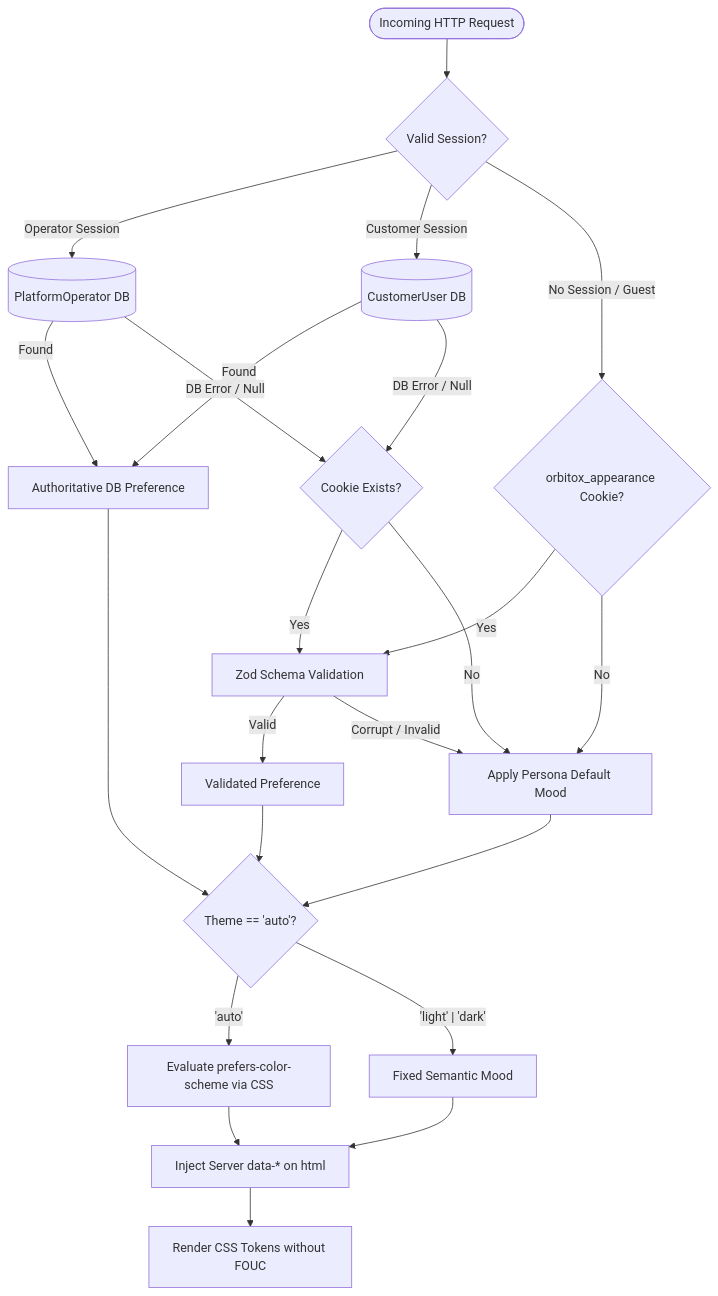
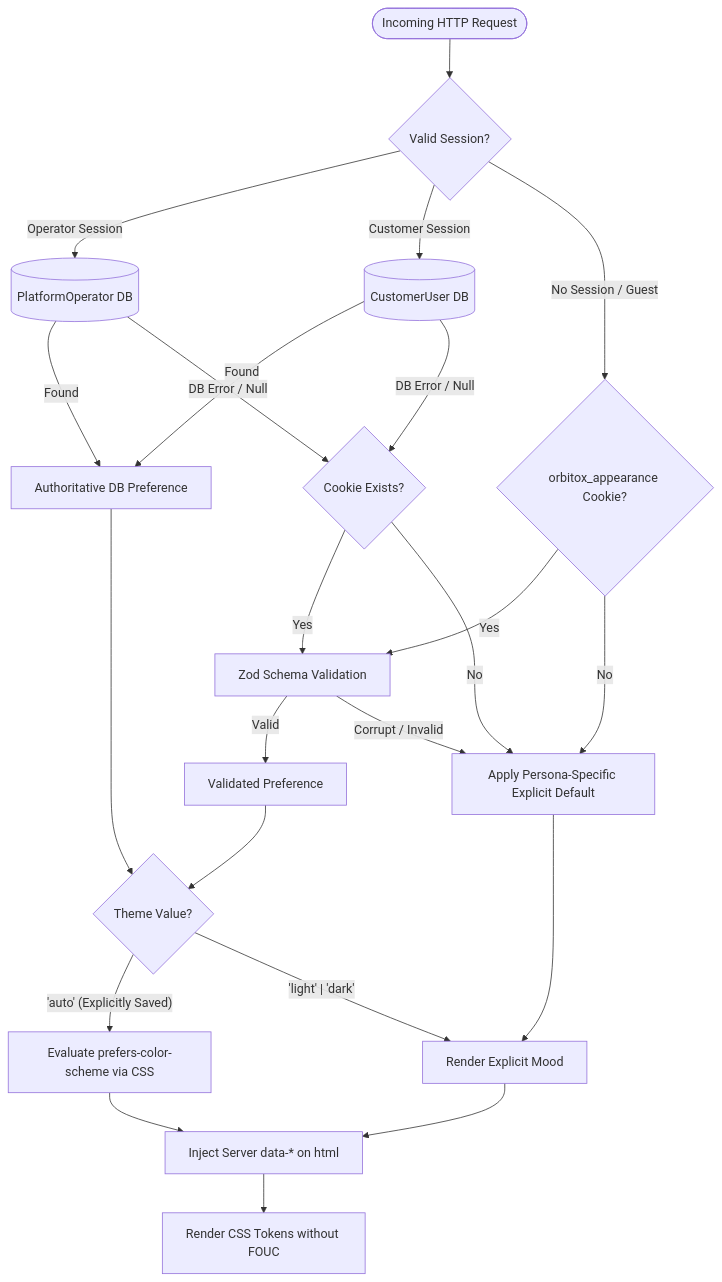
One commit to Nikhil-ig/OrbitoX-Platform changed the first of 2 diagrams in docs/ui-reset/phase-7b2/02_TOKEN_AND_THEME_OWNERSHIP.md. Above: the diagram before and after it, drawn with Mermaid. The commit also changed other lines of this file and 6 other files, not shown here.

````diff
--- a/docs/ui-reset/phase-7b2/02_TOKEN_AND_THEME_OWNERSHIP.md
+++ b/docs/ui-reset/phase-7b2/02_TOKEN_AND_THEME_OWNERSHIP.md
@@ -33,34 +34,34 @@
 ```mermaid
 flowchart TD
     Req([Incoming HTTP Request]) --> AuthCheck{Valid Session?}
     
     AuthCheck -- Operator Session --> DBOp[(PlatformOperator DB)]
     AuthCheck -- Customer Session --> DBCust[(CustomerUser DB)]
     AuthCheck -- No Session / Guest --> CookieCheck{orbitox_appearance Cookie?}
     
     DBOp -- Found --> DBPref[Authoritative DB Preference]
     DBOp -- DB Error / Null --> FallbackFromDB{Cookie Exists?}
     DBCust -- Found --> DBPref
     DBCust -- DB Error / Null --> FallbackFromDB
     
     FallbackFromDB -- Yes --> ValidateCookie[Zod Schema Validation]
-    FallbackFromDB -- No --> PersonaDef[Apply Persona Default Mood]
+    FallbackFromDB -- No --> PersonaDef[Apply Persona-Specific Explicit Default]
     
     CookieCheck -- Yes --> ValidateCookie
     CookieCheck -- No --> PersonaDef
     
     ValidateCookie -- Valid --> ValidPref[Validated Preference]
     ValidateCookie -- Corrupt / Invalid --> PersonaDef
     
-    DBPref --> EvaluateMode{Theme == 'auto'?}
+    DBPref --> EvaluateMode{Theme Value?}
     ValidPref --> EvaluateMode
-    PersonaDef --> EvaluateMode
+    PersonaDef --> ExplicitRender[Render Explicit Mood]
     
-    EvaluateMode -- 'auto' --> SystemQuery[Evaluate prefers-color-scheme via CSS]
-    EvaluateMode -- 'light' | 'dark' --> ExplicitMode[Fixed Semantic Mood]
+    EvaluateMode -- 'auto' (Explicitly Saved) --> SystemQuery[Evaluate prefers-color-scheme via CSS]
+    EvaluateMode -- 'light' | 'dark' --> ExplicitRender
     
     SystemQuery --> InjectHTML[Inject Server data-* on html]
-    ExplicitMode --> InjectHTML
+    ExplicitRender --> InjectHTML
     
     InjectHTML --> Render[Render CSS Tokens without FOUC]
 ```
````
